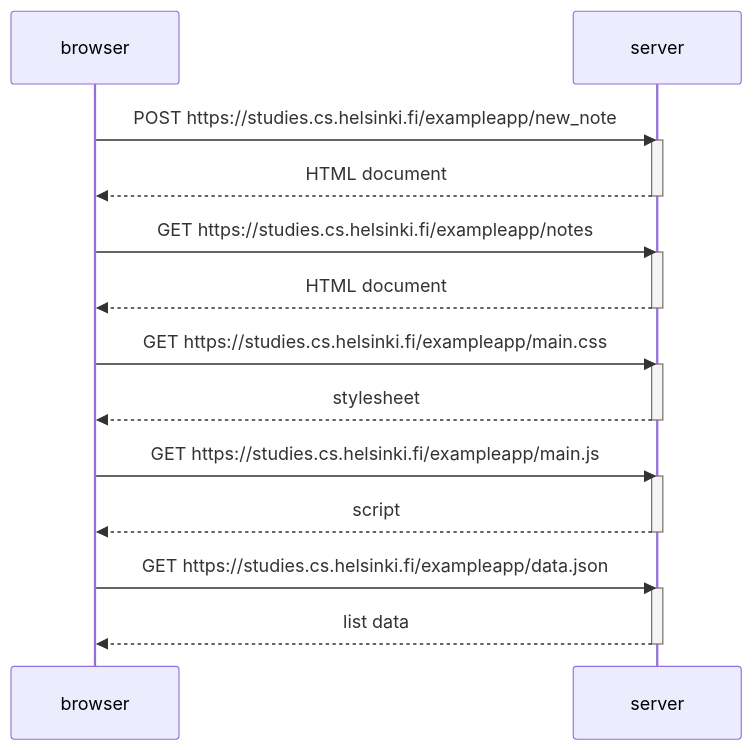
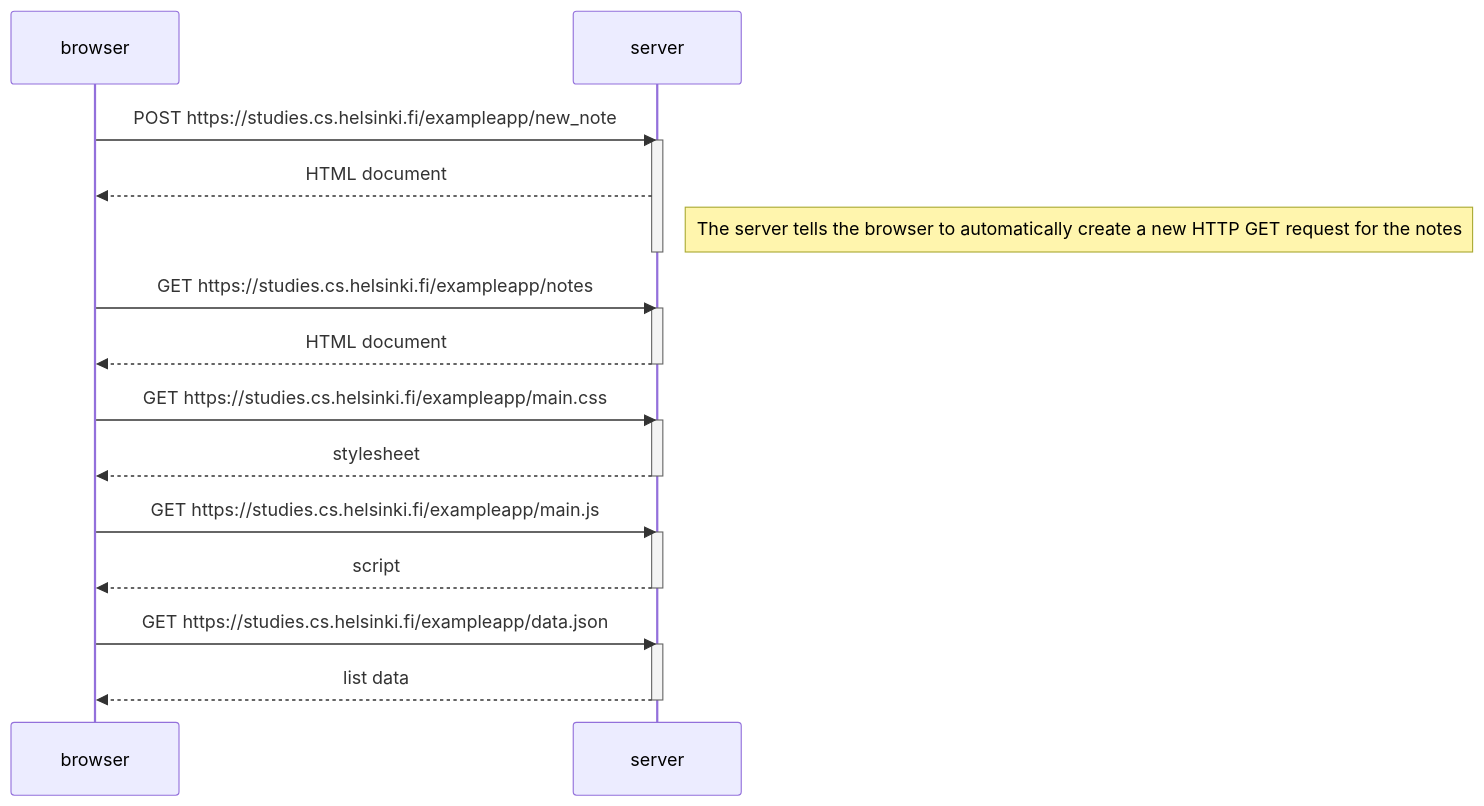
One commit to roopemyller/full_stack_open changed the diagram in osa0/0-4.md. Above: the diagram before and after it, drawn with Mermaid.

````diff
--- a/osa0/0-4.md
+++ b/osa0/0-4.md
@@ -1,25 +1,26 @@
 ```mermaid
 sequenceDiagram
     participant browser
     participant server
     browser->>server: POST https://studies.cs.helsinki.fi/exampleapp/new_note
     activate server
     server-->>browser: HTML document;
+    Note right of server: The server tells the browser to automatically create a new HTTP GET request for the notes
     deactivate server
     browser->>server: GET https://studies.cs.helsinki.fi/exampleapp/notes;
     activate server
     server-->>browser: HTML document;
     deactivate server
     browser->>server: GET https://studies.cs.helsinki.fi/exampleapp/main.css;
     activate server
     server-->>browser: stylesheet;
     deactivate server
     browser->>server: GET https://studies.cs.helsinki.fi/exampleapp/main.js;
     activate server
     server-->>browser: script;
     deactivate server
     browser->>server: GET https://studies.cs.helsinki.fi/exampleapp/data.json;
     activate server
     server-->>browser: list data;
     deactivate server
 ```
````
